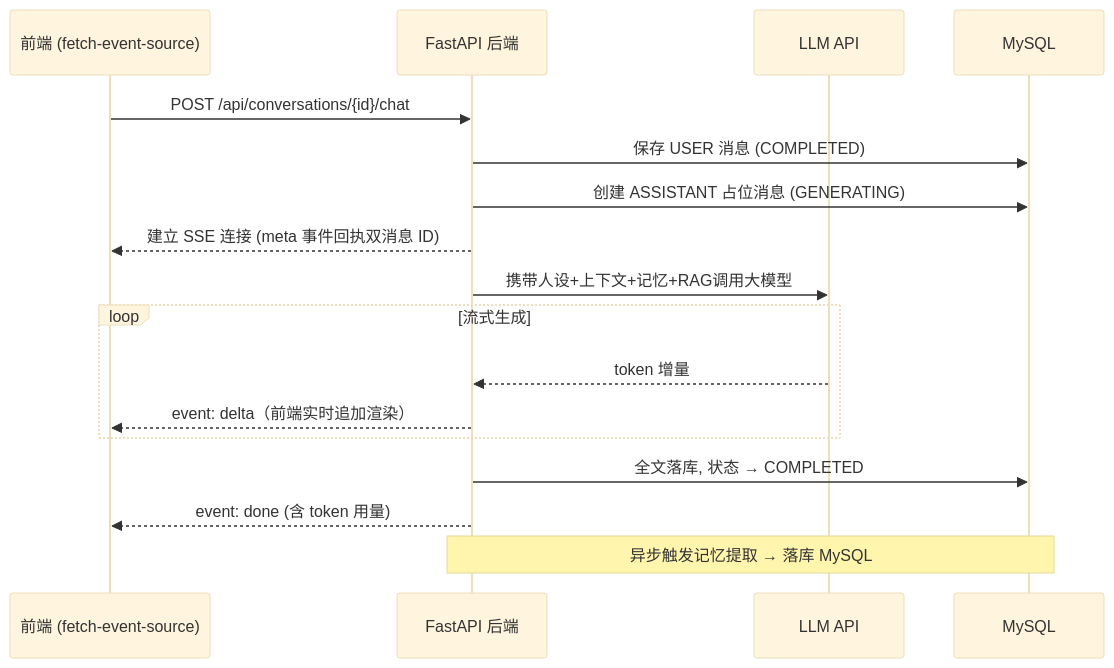
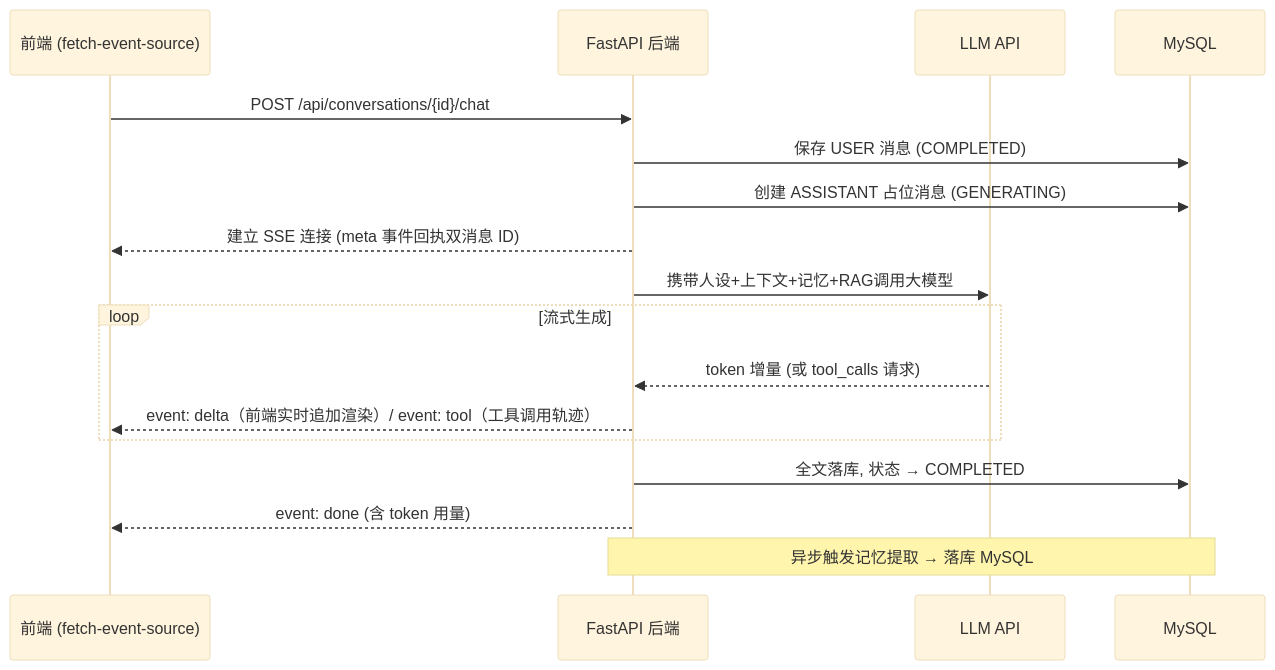
Before and after one commit to KONGBAI666666/xinyu: the second of 4 diagrams in README.md, drawn with Mermaid (base theme). The commit also changed other lines of this file, not shown here.

````diff
--- a/README.md
+++ b/README.md
@@ -80,20 +101,20 @@
 ```mermaid
 sequenceDiagram
     participant U as 前端 (fetch-event-source)
     participant B as FastAPI 后端
     participant L as LLM API
     participant D as MySQL
 
     U->>B: POST /api/conversations/{id}/chat
     B->>D: 保存 USER 消息 (COMPLETED)
     B->>D: 创建 ASSISTANT 占位消息 (GENERATING)
     B-->>U: 建立 SSE 连接 (meta 事件回执双消息 ID)
     B->>L: 携带人设+上下文+记忆+RAG调用大模型
     loop 流式生成
-        L-->>B: token 增量
-        B-->>U: event: delta（前端实时追加渲染）
+        L-->>B: token 增量 (或 tool_calls 请求)
+        B-->>U: event: delta（前端实时追加渲染）/ event: tool（工具调用轨迹）
     end
     B->>D: 全文落库, 状态 → COMPLETED
     B-->>U: event: done (含 token 用量)
     Note over B,D: 异步触发记忆提取 → 落库 MySQL
 ```
````
